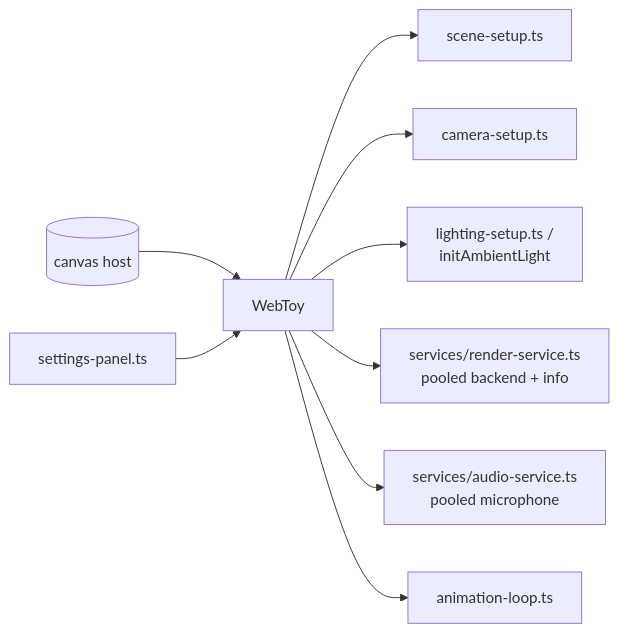
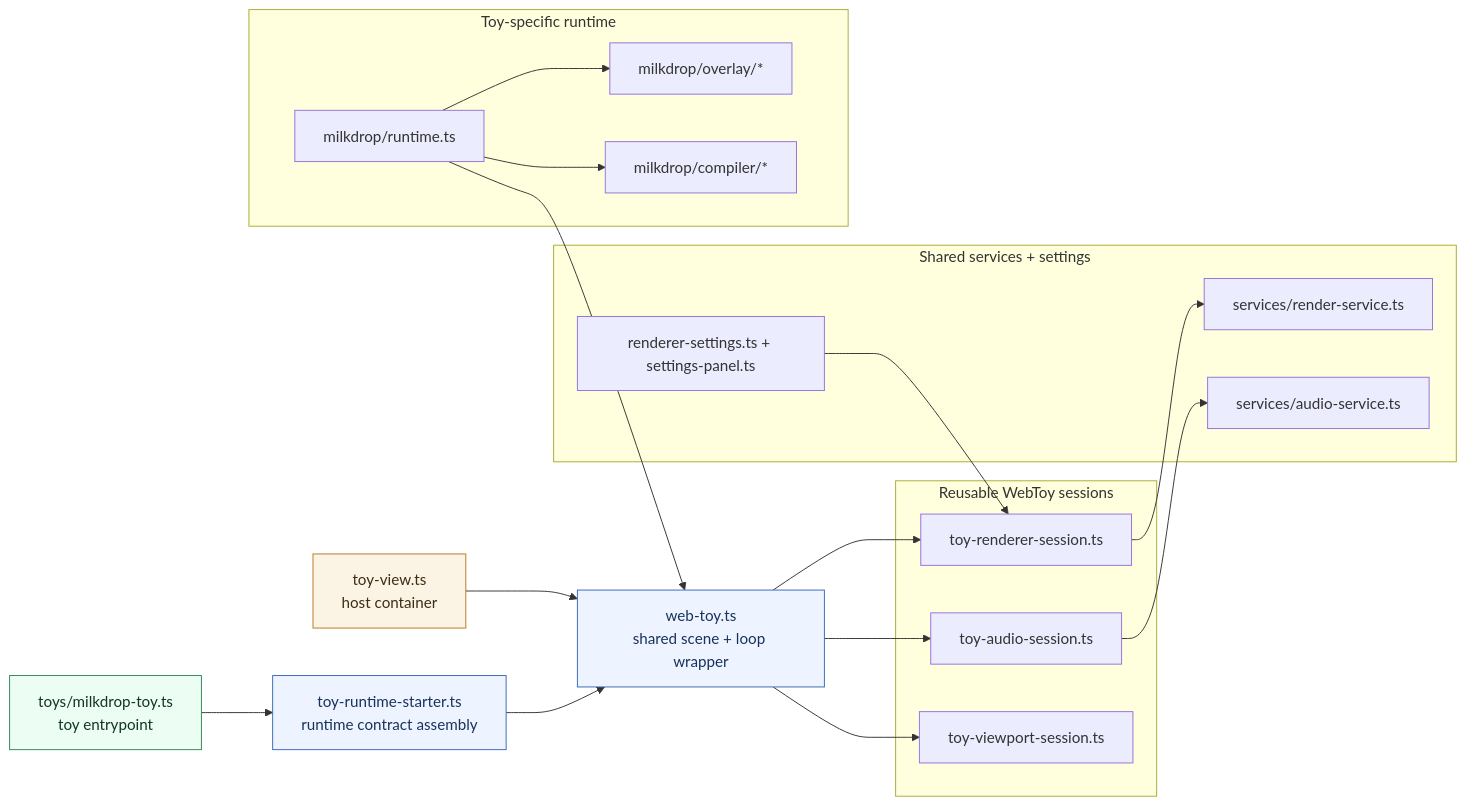
The fifth of 5 diagrams in docs/ARCHITECTURE.md (zz-plant/stims), drawn with Mermaid before and after one commit. The commit also changed other lines of this file and 12 other files, not shown here.

````diff
--- a/docs/ARCHITECTURE.md
+++ b/docs/ARCHITECTURE.md
@@ -283,14 +314,39 @@
 ```mermaid
-graph LR
-  Canvas[(canvas host)] --> WebToy
-  WebToy --> Scene[scene-setup.ts]
-  WebToy --> Camera[camera-setup.ts]
-  WebToy --> Lighting[lighting-setup.ts /
-  initAmbientLight]
-  WebToy --> Renderer[services/render-service.ts
-  pooled backend + info]
-  WebToy --> Audio[services/audio-service.ts
-  pooled microphone]
-  WebToy --> Loop[animation-loop.ts]
-  Settings[settings-panel.ts] --> WebToy
+flowchart LR
+  classDef sharedNode fill:#eef4ff,stroke:#3867b7,color:#17325c,stroke-width:1px;
+  classDef runtimeNode fill:#ecfdf3,stroke:#2f855a,color:#123524,stroke-width:1px;
+  classDef shellNode fill:#fbf3e4,stroke:#b7791f,color:#3d2d13,stroke-width:1px;
+
+  Host["toy-view.ts<br/>host container"]:::shellNode
+  Toy["toys/milkdrop-toy.ts<br/>toy entrypoint"]:::runtimeNode
+  Starter["toy-runtime-starter.ts<br/>runtime contract assembly"]:::sharedNode
+  WebToy["web-toy.ts<br/>shared scene + loop wrapper"]:::sharedNode
+
+  subgraph Sessions[Reusable WebToy sessions]
+    RendererSession["toy-renderer-session.ts"]
+    AudioSession["toy-audio-session.ts"]
+    ViewportSession["toy-viewport-session.ts"]
+  end
+
+  subgraph Services[Shared services + settings]
+    RenderPool["services/render-service.ts"]
+    AudioPool["services/audio-service.ts"]
+    Quality["renderer-settings.ts + settings-panel.ts"]
+  end
+
+  subgraph MilkdropRuntime[Toy-specific runtime]
+    Runtime["milkdrop/runtime.ts"]
+    Overlay["milkdrop/overlay/*"]
+    Compiler["milkdrop/compiler/*"]
+  end
+
+  Host --> WebToy
+  Toy --> Starter --> WebToy
+  WebToy --> RendererSession --> RenderPool
+  WebToy --> AudioSession --> AudioPool
+  WebToy --> ViewportSession
+  Quality --> RendererSession
+  Runtime --> WebToy
+  Runtime --> Overlay
+  Runtime --> Compiler
 ```
````
